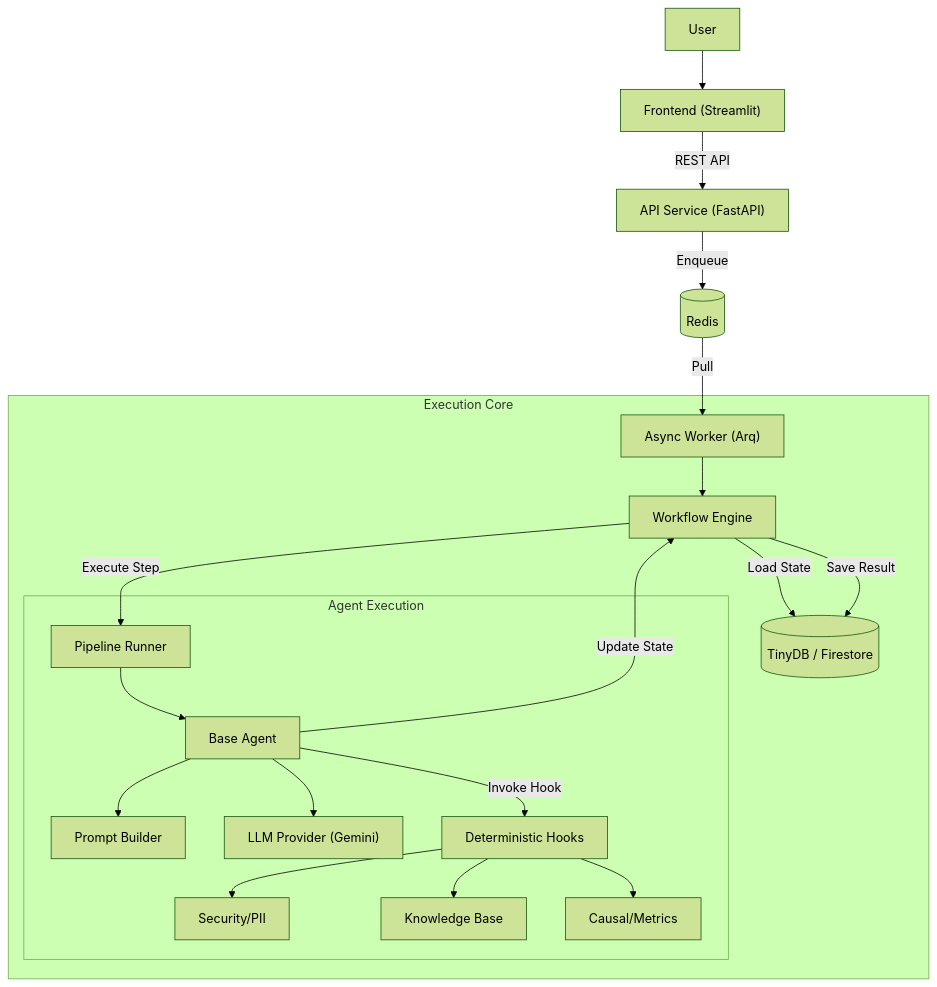
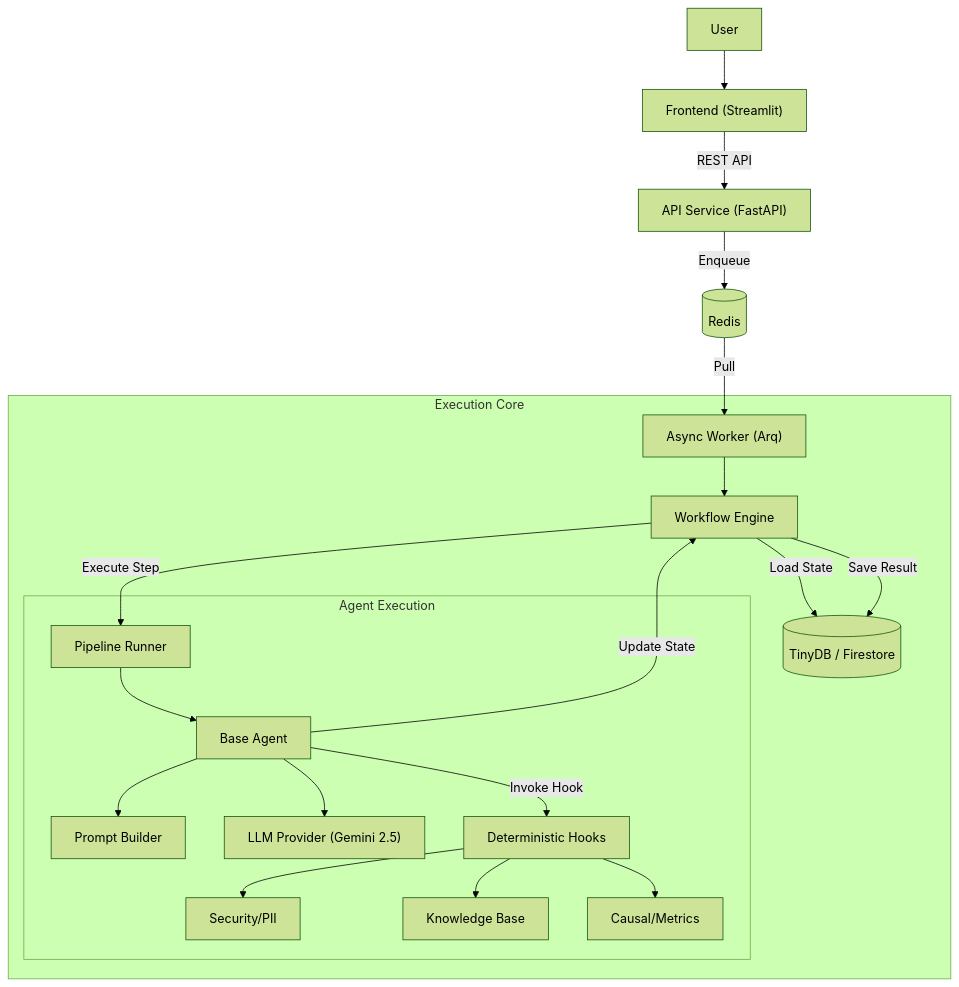
One commit to launis/quorum changed the diagram in docs/architecture_analysis.md. Above: the diagram before and after it, drawn with Mermaid (forest theme). The commit also changed other lines of this file and 17 other files, not shown here.

Commit message:
feat: Add comprehensive V2.5 documentation and implement a new async backend architecture with worker services and LLM provider.

````diff
--- a/docs/architecture_analysis.md
+++ b/docs/architecture_analysis.md
@@ -92,29 +92,29 @@
 ```mermaid
 graph TD
     User["User"] --> FE["Frontend (Streamlit)"]
     
     FE -- REST API --> API["API Service (FastAPI)"]
     API -- Enqueue --> Redis[(Redis)]
     Redis -- Pull --> Worker["Async Worker (Arq)"]
     
     subgraph "Execution Core"
         Worker --> Engine["Workflow Engine"]
         Engine -- "Load State" --> DB[("TinyDB / Firestore")]
         Engine -- "Execute Step" --> Runner["Pipeline Runner"]
         
         subgraph "Agent Execution"
             Runner --> Agent["Base Agent"]
             Agent --> Prompt["Prompt Builder"]
-            Agent --> LLM["LLM Provider (Gemini)"]
+            Agent --> LLM["LLM Provider (Gemini 2.5)"]
             
             Agent -- "Invoke Hook" --> Hooks["Deterministic Hooks"]
             Hooks --> PII["Security/PII"]
             Hooks --> RAG["Knowledge Base"]
             Hooks --> Stats["Causal/Metrics"]
         end
         
         Agent -- "Update State" --> Engine
     end
     
     Engine -- "Save Result" --> DB
 ```
````
